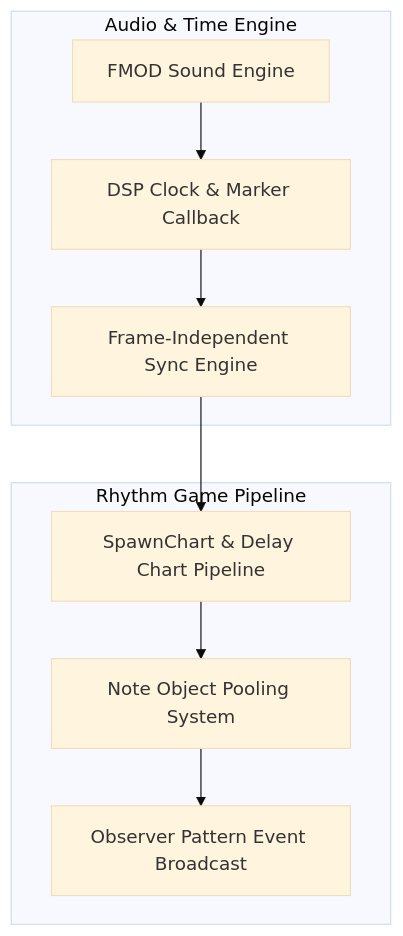
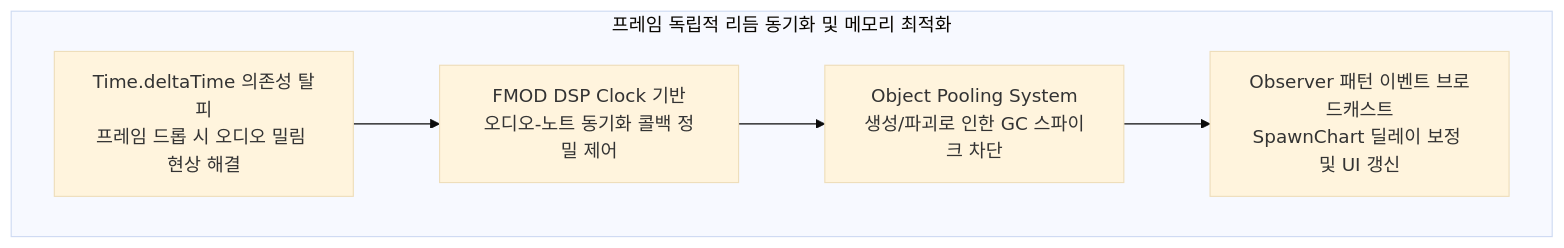
The diagram in Portfolio/CookingBeats/content.md (phal5/XSBD-WebPortfolio), drawn with Mermaid (base theme) before and after one commit. The commit also changed 11 other files, not shown here.

````diff
--- a/Portfolio/CookingBeats/content.md
+++ b/Portfolio/CookingBeats/content.md
@@ -34,12 +34,8 @@
 ```mermaid
 graph TD
-    subgraph "Audio & Time Engine"
-        FMOD[FMOD Sound Engine] --> Clock[DSP Clock & Marker Callback]
-        Clock --> Sync[Frame-Independent Sync Engine]
-    end
-    subgraph "Rhythm Game Pipeline"
-        Sync --> Chart[SpawnChart & Delay Chart Pipeline]
-        Chart --> Pool[Note Object Pooling System]
-        Pool --> Observer[Observer Pattern Event Broadcast]
+    subgraph "프레임 독립적 리듬 동기화 및 메모리 최적화"
+        Unity[Time.deltaTime 의존성 탈피<br/>프레임 드롭 시 오디오 밀림 현상 해결] --> FMOD[FMOD DSP Clock 기반<br/>오디오-노트 동기화 콜백 정밀 제어]
+        FMOD --> Pool[Object Pooling System<br/>생성/파괴로 인한 GC 스파이크 차단]
+        Pool --> Observer[Observer 패턴 이벤트 브로드캐스트<br/>SpawnChart 딜레이 보정 및 UI 갱신]
     end
 ```
````
